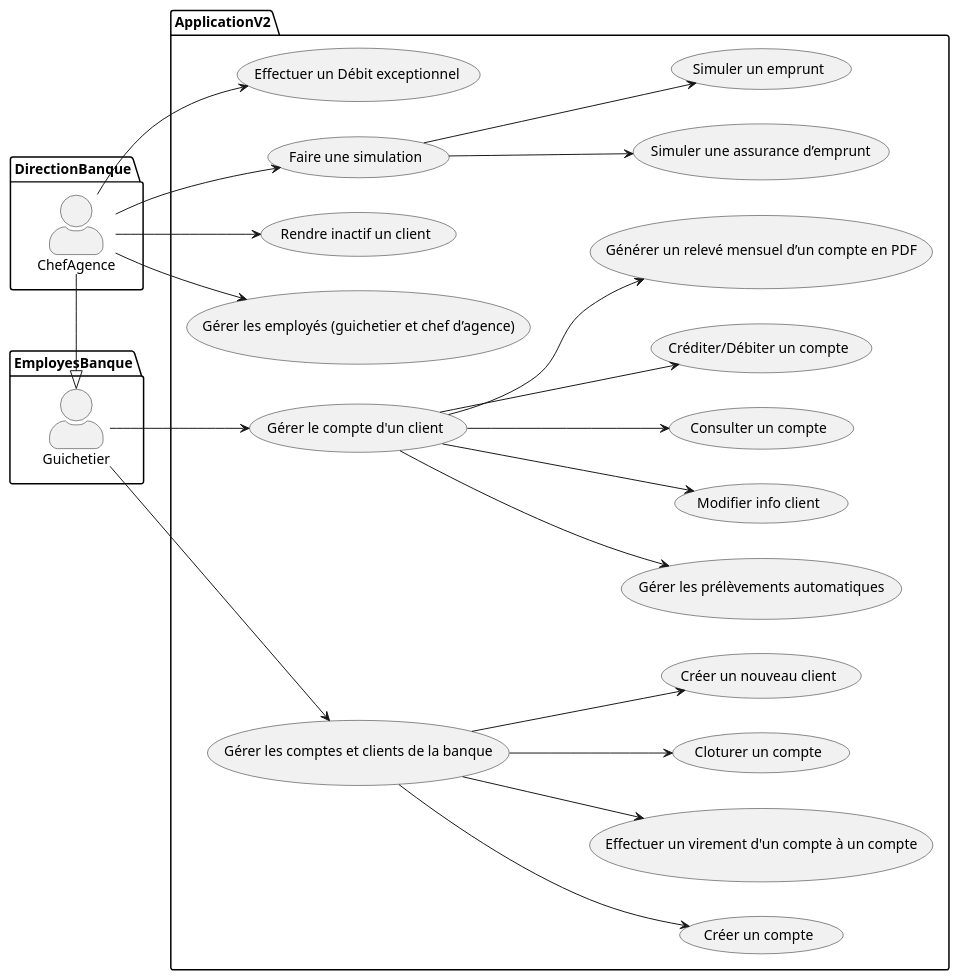
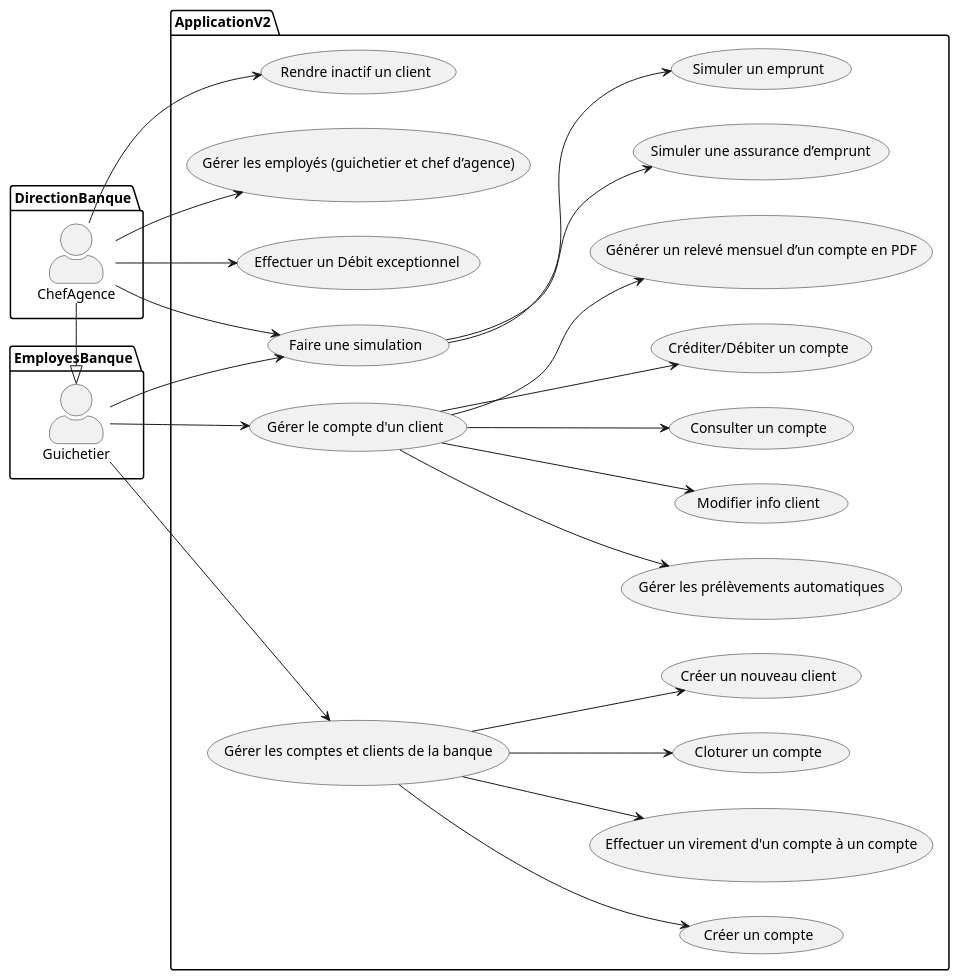
The diagram in V2/src/plantuml/dcuV2.plantuml (Aadroman/sae_2.01-2.05_RubenLongeque), drawn with PlantUML before and after one commit.

Commit message:
update plantuml pour simulation emprunt/assurance

```diff
--- a/V2/src/plantuml/dcuV2.plantuml
+++ b/V2/src/plantuml/dcuV2.plantuml
@@ -3,70 +3,71 @@
 @startuml dcuV2
 skinparam actorStyle awesome
 left to right direction
 
 package ApplicationV2{
     /'guichetier v0'/
     usecase 0 as "Gérer le compte d'un client"
     usecase 00 as "Gérer les comptes et clients de la banque"
     usecase 1 as "Modifier info client"
     usecase 2 as "Créer un nouveau client"
     usecase 3 as "Consulter un compte"
     usecase 4 as "Créditer/Débiter un compte"
 
     /'chef d'agence v0'/
     usecase 5 as "Rendre inactif un client"
 
     /'guichetier v1'/
     usecase 7 as "Créer un compte"
     usecase 8 as "Effectuer un virement d'un compte à un compte"
     usecase 9 as "Cloturer un compte"
 
     /'chef d'agence v1'/
     usecase 10 as "Gérer les employés (guichetier et chef d’agence)"
 
     /'guichetier v2'/
     usecase 11 as "Générer un relevé mensuel d’un compte en PDF"
     usecase 12 as "Gérer les prélèvements automatiques"
 
     /'chef d'agence v2'/
     usecase 13 as "Effectuer un Débit exceptionnel"
     usecase 14 as "Faire une simulation"
     usecase 141 as "Simuler un emprunt"
     usecase 142 as "Simuler une assurance d’emprunt"
 
 }
 
 package EmployesBanque{
     actor Guichetier  
 }
 
 package DirectionBanque{
 actor ChefAgence
 }
 
 ChefAgence -|> Guichetier
 
 Guichetier --> 0
 Guichetier --> 00
 
 
 0 -->1
 0 --> 4
 0 --> 3
 0 --> 11
 0 --> 12
 
 00 --> 2
 00 --> 7
 00 --> 8
 00 --> 9
 
 ChefAgence --> 5
 ChefAgence --> 10
 ChefAgence --> 13
 ChefAgence --> 14 
+Guichetier --> 14
 
 14 --> 141
 14 --> 142
 
 @enduml 
```
